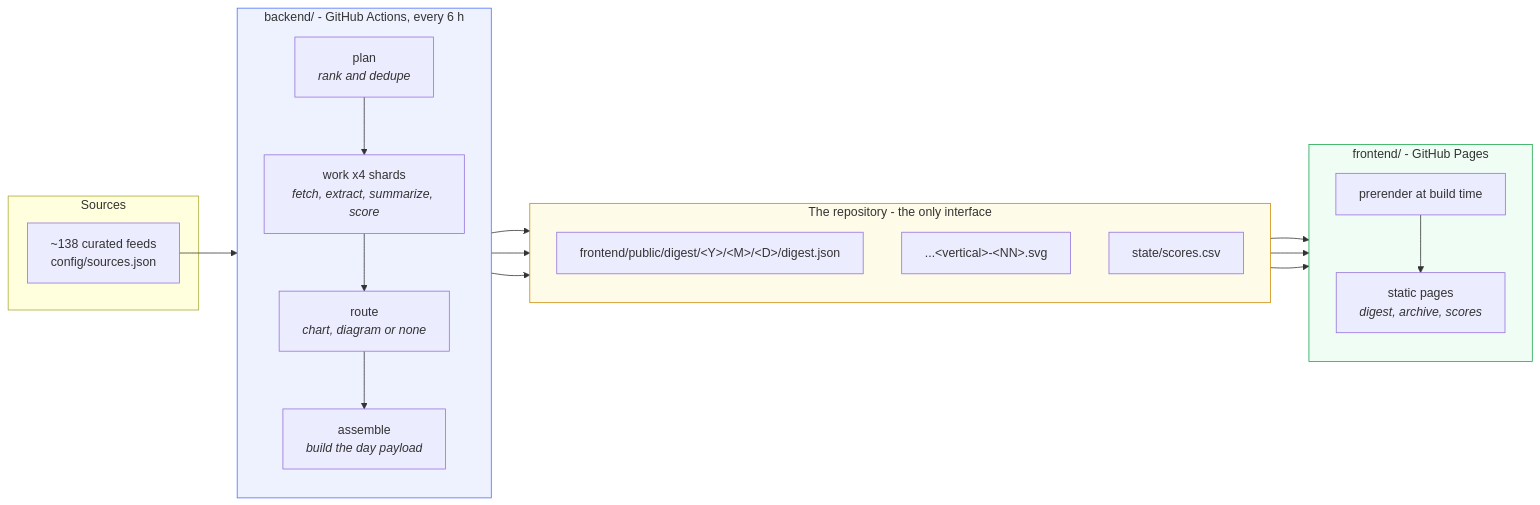
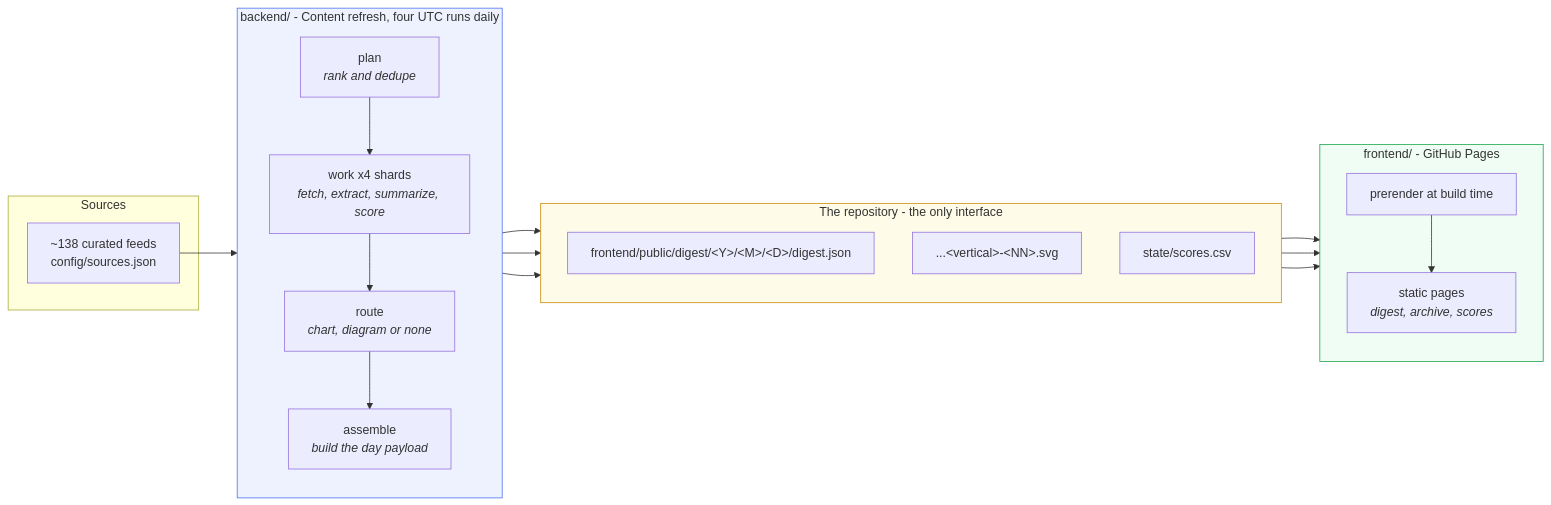
The first of 3 diagrams in docs/architecture/overview.md (miztiik/yen-idhazh), drawn with Mermaid before and after one commit. The commit also changed other lines of this file and 16 other files, not shown here.

````diff
--- a/docs/architecture/overview.md
+++ b/docs/architecture/overview.md
@@ -12,37 +12,37 @@
 ```mermaid
 flowchart LR
     subgraph src["Sources"]
         F1["~138 curated feeds<br/>config/sources.json"]
     end
 
-    subgraph ci["backend/ - GitHub Actions, every 6 h"]
+    subgraph ci["backend/ - Content refresh, four UTC runs daily"]
         direction TB
         P["plan<br/><i>rank and dedupe</i>"]
         W["work x4 shards<br/><i>fetch, extract, summarize, score</i>"]
         R["route<br/><i>chart, diagram or none</i>"]
         AS["assemble<br/><i>build the day payload</i>"]
         P --> W --> R --> AS
     end
 
     subgraph repo["The repository - the only interface"]
         direction TB
         D1["frontend/public/digest/&lt;Y&gt;/&lt;M&gt;/&lt;D&gt;/digest.json"]
         D2["...&lt;vertical&gt;-&lt;NN&gt;.svg"]
         D3["state/scores.csv"]
     end
 
     subgraph fe["frontend/ - GitHub Pages"]
         direction TB
         B["prerender at build time"]
         S["static pages<br/><i>digest, archive, scores</i>"]
         B --> S
     end
 
     F1 --> P
     AS --> D1 & D2 & D3
     D1 & D2 & D3 --> B
 
     style ci fill:#eef2ff,stroke:#4c6ef5
     style fe fill:#f0fdf4,stroke:#16a34a
     style repo fill:#fefce8,stroke:#ca8a04
 ```
````
